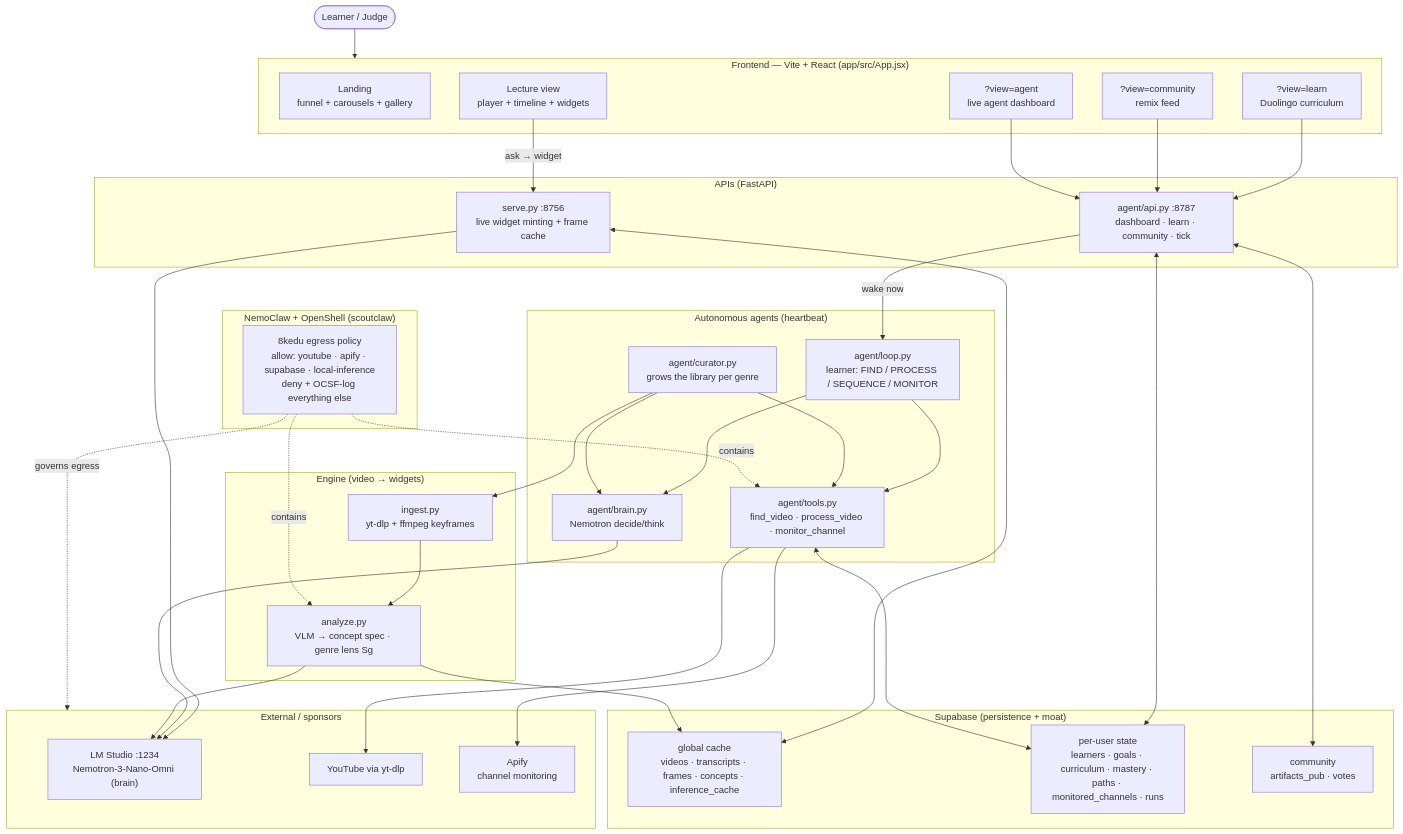
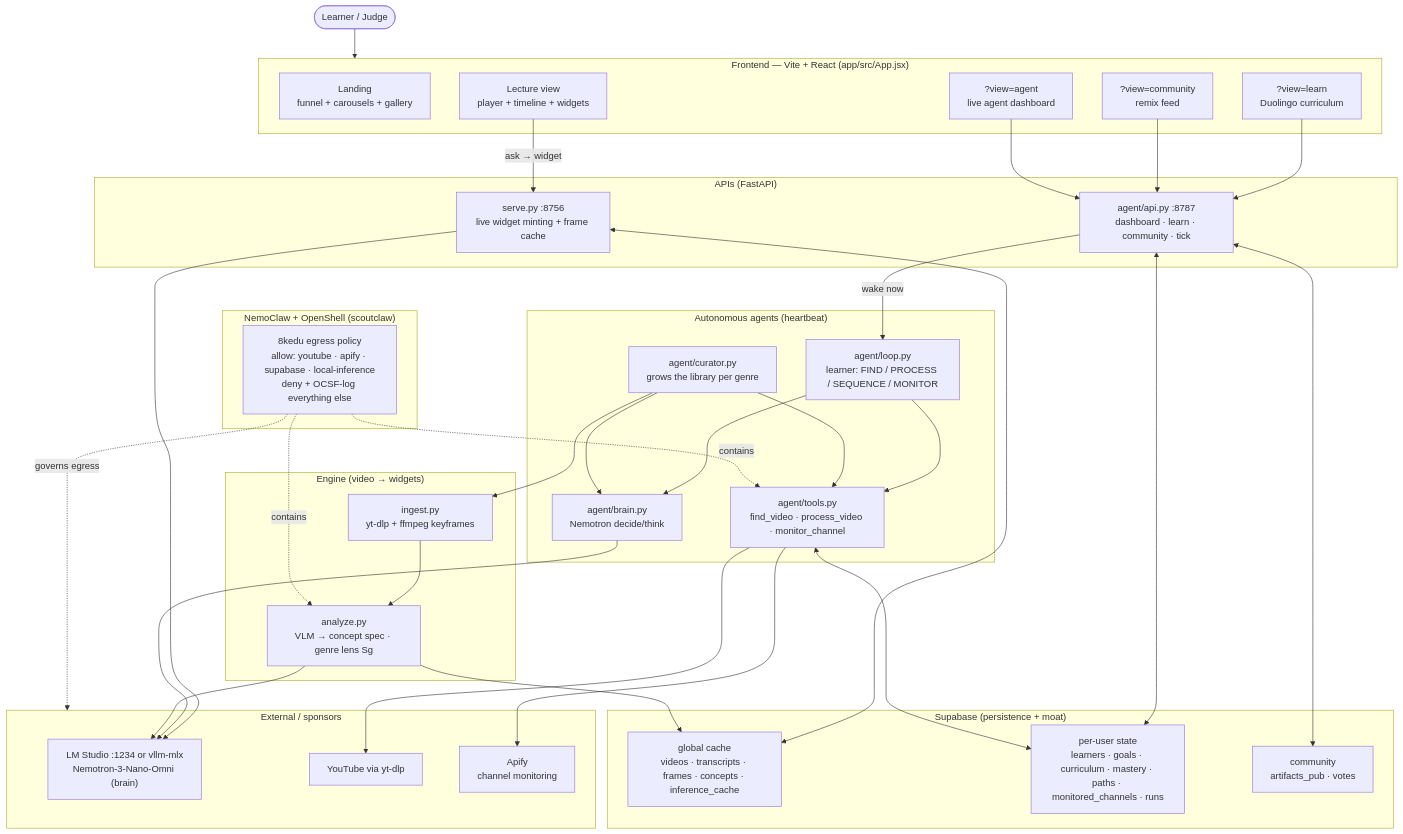
Before and after one commit to 8k-Edu/8kEdu: the first of 4 diagrams in docs/hackguide/ARCHITECTURE.md, drawn with Mermaid. The commit also changed 10 other files, not shown here.

First line of the commit message:
feat: add vllm (vllm-mlx) as a local vision backend alongside LM Studio

````diff
--- a/docs/hackguide/ARCHITECTURE.md
+++ b/docs/hackguide/ARCHITECTURE.md
@@ -10,71 +10,71 @@
 ```mermaid
 flowchart TB
     User(["Learner / Judge"])
 
     subgraph FE["Frontend — Vite + React (app/src/App.jsx)"]
         Landing["Landing<br/>funnel + carousels + gallery"]
         Lecture["Lecture view<br/>player + timeline + widgets"]
         Learn["?view=learn<br/>Duolingo curriculum"]
         Community["?view=community<br/>remix feed"]
         Dash["?view=agent<br/>live agent dashboard"]
     end
 
     subgraph API["APIs (FastAPI)"]
         Serve["serve.py :8756<br/>live widget minting + frame cache"]
         AgentAPI["agent/api.py :8787<br/>dashboard · learn · community · tick"]
     end
 
     subgraph AGENTS["Autonomous agents (heartbeat)"]
         Loop["agent/loop.py<br/>learner: FIND / PROCESS / SEQUENCE / MONITOR"]
         Curator["agent/curator.py<br/>grows the library per genre"]
         Brain["agent/brain.py<br/>Nemotron decide/think"]
         Tools["agent/tools.py<br/>find_video · process_video · monitor_channel"]
     end
 
     subgraph ENGINE["Engine (video → widgets)"]
         Ingest["ingest.py<br/>yt-dlp + ffmpeg keyframes"]
         Analyze["analyze.py<br/>VLM → concept spec · genre lens Sg"]
     end
 
     subgraph EXT["External / sponsors"]
-        Nemotron["LM Studio :1234<br/>Nemotron-3-Nano-Omni (brain)"]
+        Nemotron["LM Studio :1234 or vllm-mlx<br/>Nemotron-3-Nano-Omni (brain)"]
         YT["YouTube via yt-dlp"]
         Apify["Apify<br/>channel monitoring"]
     end
 
     subgraph DATA["Supabase (persistence + moat)"]
         Cache["global cache<br/>videos · transcripts · frames · concepts · inference_cache"]
         State["per-user state<br/>learners · goals · curriculum · mastery · paths · monitored_channels · runs"]
         Pub["community<br/>artifacts_pub · votes"]
     end
 
     subgraph CONTAIN["NemoClaw + OpenShell (scoutclaw)"]
         Policy["8kedu egress policy<br/>allow: youtube · apify · supabase · local-inference<br/>deny + OCSF-log everything else"]
     end
 
     User --> FE
     Lecture -->|"ask → widget"| Serve
     Learn --> AgentAPI
     Community --> AgentAPI
     Dash --> AgentAPI
 
     Serve --> Nemotron
     Serve <--> Cache
     AgentAPI <--> State
     AgentAPI <--> Pub
     AgentAPI -->|"wake now"| Loop
 
     Loop --> Brain --> Nemotron
     Curator --> Brain
     Loop --> Tools
     Curator --> Tools
     Curator --> Ingest --> Analyze --> Cache
     Tools --> YT
     Tools --> Apify
     Tools <--> State
     Analyze --> Nemotron
 
     Policy -. contains .-> Tools
     Policy -. contains .-> Analyze
     Policy -. governs egress .-> EXT
 ```
````
